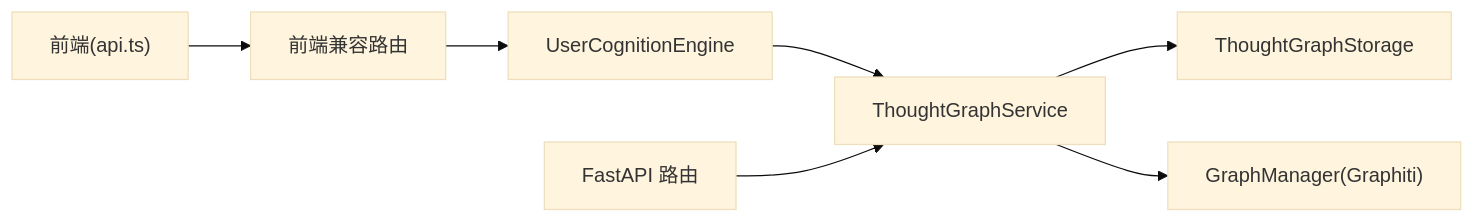
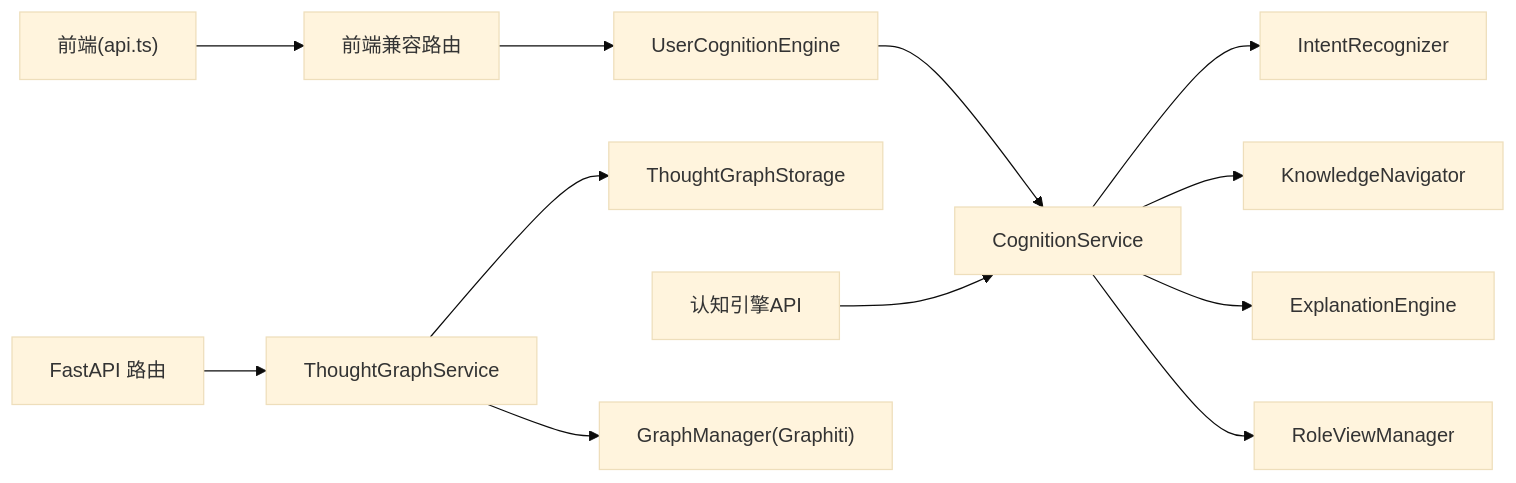
The seventh of 8 diagrams in .qoder/repowiki/zh/content/核心模块/核心领域模块/认知引擎.md (inier/ontology-graphiti), drawn with Mermaid (base theme) before and after one commit. The commit also changed other lines of this file and 64 other files, not shown here.

````diff
--- a/.qoder/repowiki/zh/content/核心模块/核心领域模块/认知引擎.md
+++ b/.qoder/repowiki/zh/content/核心模块/核心领域模块/认知引擎.md
@@ -352,9 +416,14 @@
 ```mermaid
 graph LR
-UCE["UserCognitionEngine"] --> TGS["ThoughtGraphService"]
-TGS --> TGSQL["ThoughtGraphStorage"]
+CS["CognitionService"] --> CR["IntentRecognizer"]
+CS --> KN["KnowledgeNavigator"]
+CS --> EE["ExplanationEngine"]
+CS --> RVM["RoleViewManager"]
+UCE["UserCognitionEngine"] --> CS
+TGS["ThoughtGraphService"] --> TGSQL["ThoughtGraphStorage"]
 API["FastAPI 路由"] --> TGS
+COGAPI["认知引擎API"] --> CS
 FECompat["前端兼容路由"] --> UCE
 TGS --> Graphiti["GraphManager(Graphiti)"]
 Frontend["前端(api.ts)"] --> FECompat
 ```
````
